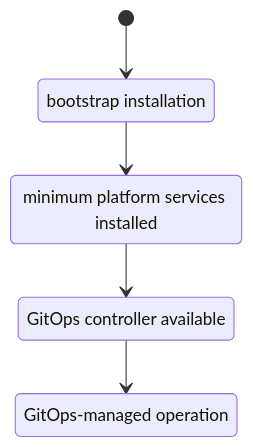
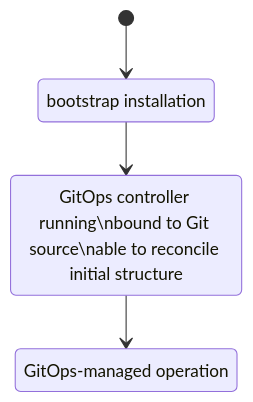
The diagram in docs/architecture.md (42aei/kubecrate), drawn with Mermaid before and after one commit. The commit also changed other lines of this file and 31 other files, not shown here.

Commit message:
docs: define bootstrap install flow

````diff
--- a/docs/architecture.md
+++ b/docs/architecture.md
@@ -45,11 +45,9 @@
 ```mermaid
 stateDiagram-v2
     [*] --> bootstrap_installation
     bootstrap_installation: bootstrap installation
-    bootstrap_installation --> minimum_platform_services_installed
-    minimum_platform_services_installed: minimum platform services installed
-    minimum_platform_services_installed --> gitops_controller_available
-    gitops_controller_available: GitOps controller available
-    gitops_controller_available --> gitops_managed_operation
+    bootstrap_installation --> gitops_handoff_ready
+    gitops_handoff_ready: GitOps controller running\nbound to Git source\nable to reconcile initial structure
+    gitops_handoff_ready --> gitops_managed_operation
     gitops_managed_operation: GitOps-managed operation
 ```
````
